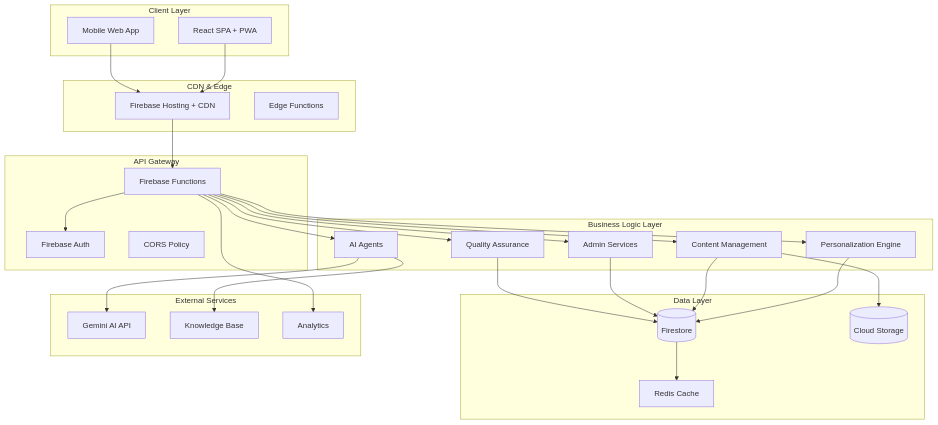
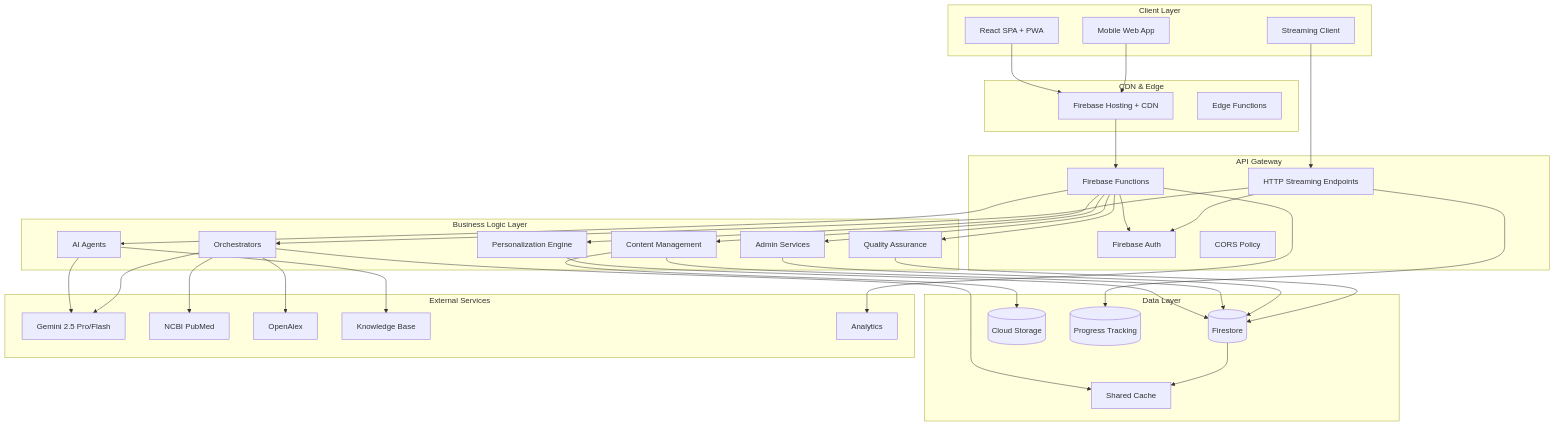
Before and after one commit to ramiefathy/PrecisionLearnDerm: the first of 4 diagrams in product_architecture.md, drawn with Mermaid. The commit also changed other lines of this file and 230 other files, not shown here.

````diff
--- a/product_architecture.md
+++ b/product_architecture.md
@@ -18,60 +29,74 @@
 ```mermaid
 graph TB
     subgraph "Client Layer"
         WEB[React SPA + PWA]
         MOBILE[Mobile Web App]
+        STREAM[Streaming Client]
     end
     
     subgraph "CDN & Edge"
         CDN[Firebase Hosting + CDN]
         EDGE[Edge Functions]
     end
     
     subgraph "API Gateway"
         GATEWAY[Firebase Functions]
+        STREAMING[HTTP Streaming Endpoints]
         AUTH[Firebase Auth]
         CORS[CORS Policy]
     end
     
     subgraph "Business Logic Layer"
         AI[AI Agents]
+        ORCH[Orchestrators]
         PE[Personalization Engine]
         CONTENT[Content Management]
         ADMIN[Admin Services]
         QUALITY[Quality Assurance]
     end
     
     subgraph "Data Layer"
         FIRESTORE[(Firestore)]
         STORAGE[(Cloud Storage)]
-        CACHE[Redis Cache]
+        CACHE[Shared Cache]
+        PROGRESS[(Progress Tracking)]
     end
     
     subgraph "External Services"
-        GEMINI[Gemini AI API]
+        GEMINI[Gemini 2.5 Pro/Flash]
+        NCBI[NCBI PubMed]
+        OPENALEX[OpenAlex]
         KB[Knowledge Base]
         ANALYTICS[Analytics]
     end
     
     WEB --> CDN
     MOBILE --> CDN
+    STREAM --> STREAMING
     CDN --> GATEWAY
     GATEWAY --> AUTH
+    STREAMING --> AUTH
     GATEWAY --> AI
+    STREAMING --> ORCH
     GATEWAY --> PE
     GATEWAY --> CONTENT
     GATEWAY --> ADMIN
     GATEWAY --> QUALITY
     
     AI --> GEMINI
+    ORCH --> GEMINI
+    ORCH --> NCBI
+    ORCH --> OPENALEX
     AI --> KB
     PE --> FIRESTORE
     CONTENT --> FIRESTORE
     ADMIN --> FIRESTORE
     QUALITY --> FIRESTORE
+    ORCH --> CACHE
+    STREAMING --> PROGRESS
     
     FIRESTORE --> CACHE
     CONTENT --> STORAGE
     
     GATEWAY --> ANALYTICS
 ```
````
